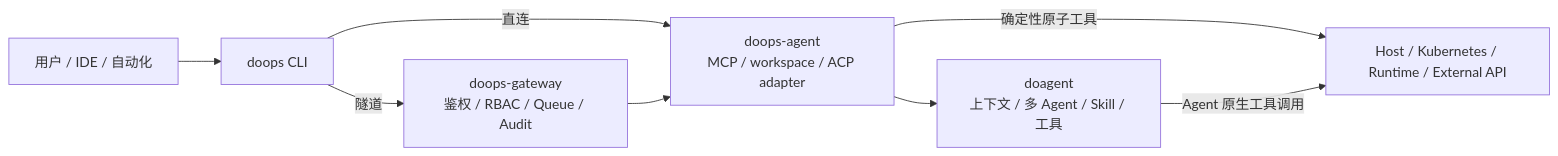
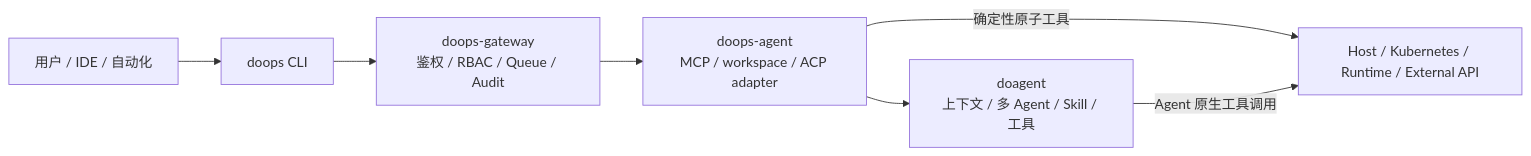
Before and after one commit to symansun/doops: the diagram in backend/docs/design/AI_Ops_System_Design.md, drawn with Mermaid. The commit also changed 20 other files, not shown here.

````diff
--- a/backend/docs/design/AI_Ops_System_Design.md
+++ b/backend/docs/design/AI_Ops_System_Design.md
@@ -12,17 +12,16 @@
 ```mermaid
 flowchart LR
     USER["用户 / IDE / 自动化"]
     CLI["doops CLI"]
     GW["doops-gateway\n鉴权 / RBAC / Queue / Audit"]
     EDGE["doops-agent\nMCP / workspace / ACP adapter"]
     ENGINE["doagent\n上下文 / 多 Agent / Skill / 工具"]
     TARGET["Host / Kubernetes / Runtime / External API"]
 
     USER --> CLI
-    CLI -->|"直连"| EDGE
-    CLI -->|"隧道"| GW
+    CLI --> GW
     GW --> EDGE
     EDGE --> ENGINE
     EDGE -->|"确定性原子工具"| TARGET
     ENGINE -->|"Agent 原生工具调用"| TARGET
 ```
````
